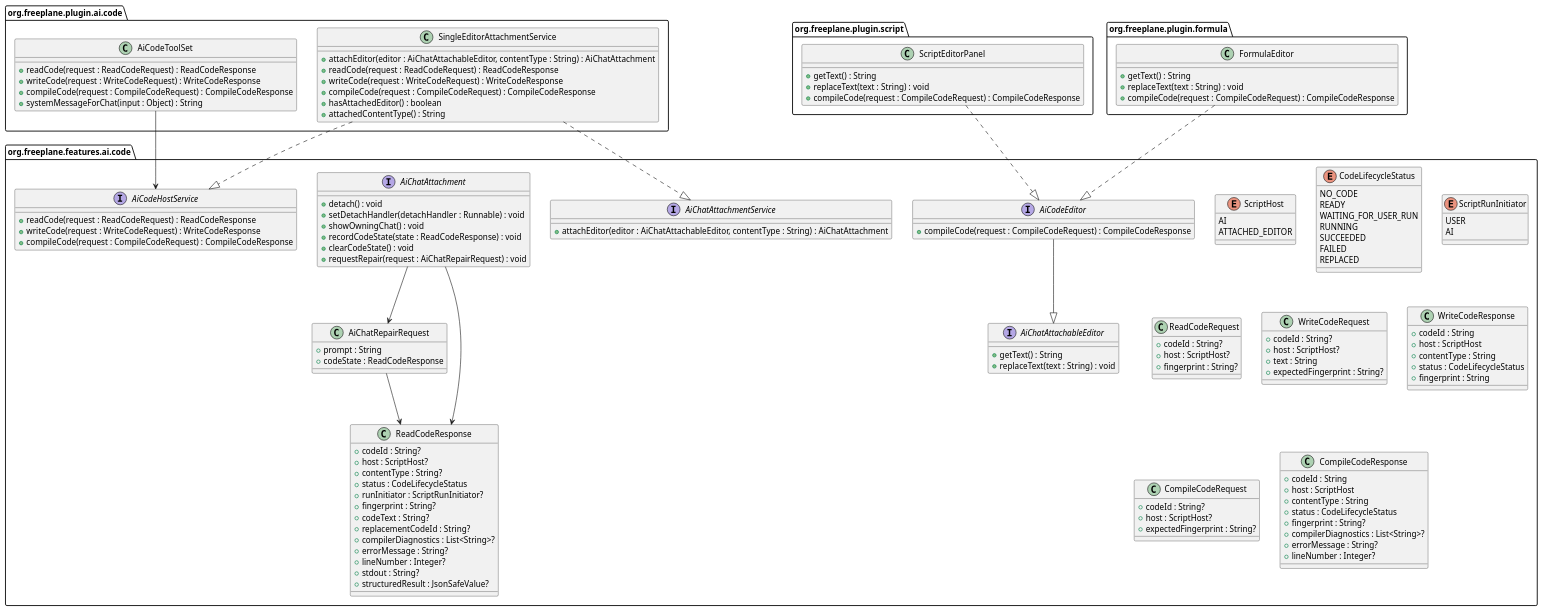
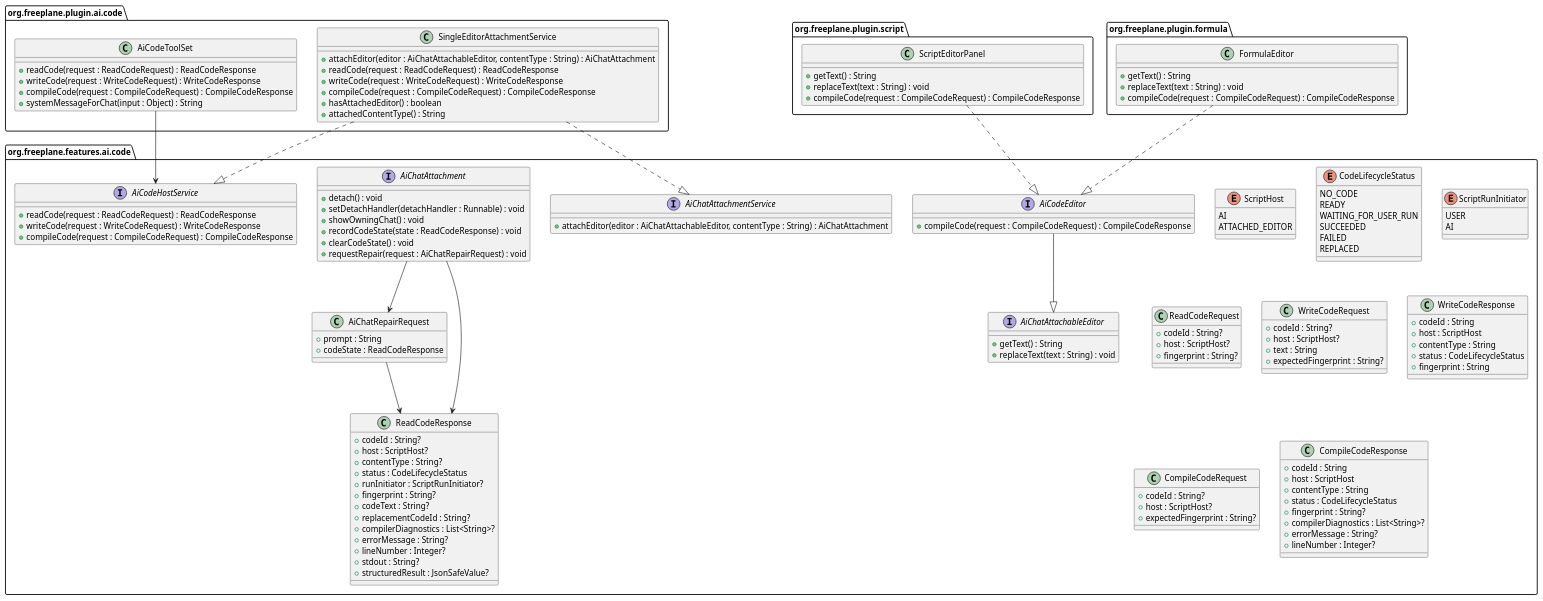
Before and after one commit to hyperdreamer/freeplane: the sixth of 6 diagrams in ai-specs/tasks/in-progress/groovy-script-execution-tool.md, drawn with PlantUML. The commit also changed other lines of this file and 22 other files, not shown here.

Commit message:
2026-04-09-script-tool Implement internal AI-owned script dialog flow

```diff
--- a/ai-specs/tasks/in-progress/groovy-script-execution-tool.md
+++ b/ai-specs/tasks/in-progress/groovy-script-execution-tool.md
@@ -1100,7 +1110,6 @@
     NO_CODE
     READY
     WAITING_FOR_USER_RUN
-    RUNNING
     SUCCEEDED
     FAILED
     REPLACED
```
